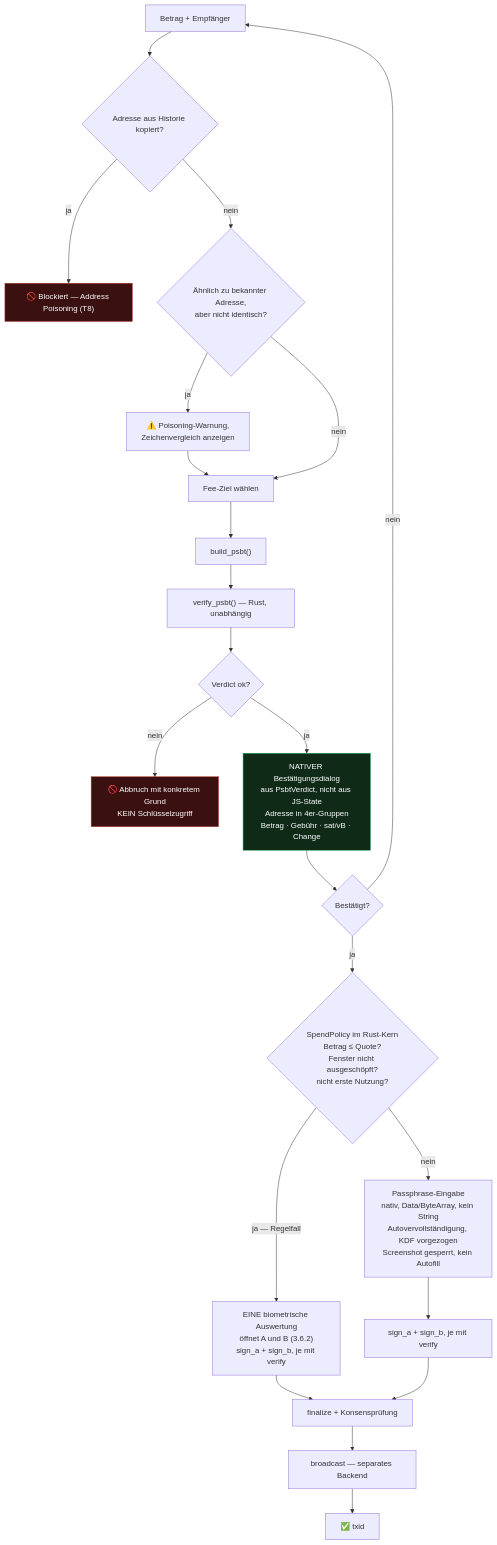
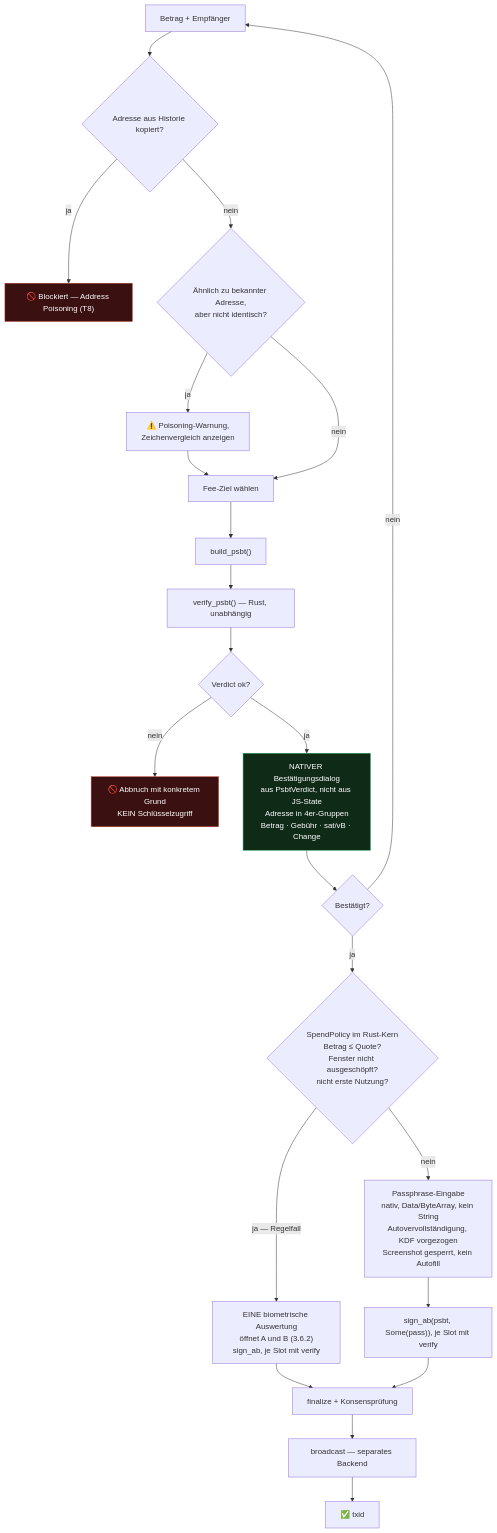
Before and after one commit to joshuakrueger-dfx/Bitcoin-Trinity: the sixth of 9 diagrams in docs/SPECIFICATION.md, drawn with Mermaid. The commit also changed other lines of this file and 11 other files, not shown here.

````diff
--- a/docs/SPECIFICATION.md
+++ b/docs/SPECIFICATION.md
@@ -1763,28 +1777,28 @@
 ```mermaid
 flowchart TD
     B0["Betrag + Empfänger"] --> B1{"Adresse aus Historie kopiert?"}
     B1 -->|"ja"| B1a["🚫 Blockiert — Address Poisoning (T8)"]
     B1 -->|"nein"| B2{"Ähnlich zu bekannter Adresse,<br/>aber nicht identisch?"}
     B2 -->|"ja"| B2a["⚠️ Poisoning-Warnung,<br/>Zeichenvergleich anzeigen"]
     B2a --> B3
     B2 -->|"nein"| B3["Fee-Ziel wählen"]
     B3 --> B4["build_psbt()"]
     B4 --> B5["verify_psbt() — Rust, unabhängig"]
     B5 --> B6{"Verdict ok?"}
     B6 -->|"nein"| B6a["🚫 Abbruch mit konkretem Grund<br/>KEIN Schlüsselzugriff"]
     B6 -->|"ja"| B7["NATIVER Bestätigungsdialog<br/>aus PsbtVerdict, nicht aus JS-State<br/>Adresse in 4er-Gruppen<br/>Betrag · Gebühr · sat/vB · Change"]
     B7 --> B8{"Bestätigt?"}
     B8 -->|"nein"| B0
     B8 -->|"ja"| B8a{"SpendPolicy im Rust-Kern<br/>Betrag ≤ Quote?<br/>Fenster nicht ausgeschöpft?<br/>nicht erste Nutzung?"}
-    B8a -->|"ja — Regelfall"| B9["EINE biometrische Auswertung<br/>öffnet A und B (3.6.2)<br/>sign_a + sign_b, je mit verify"]
+    B8a -->|"ja — Regelfall"| B9["EINE biometrische Auswertung<br/>öffnet A und B (3.6.2)<br/>sign_ab, je Slot mit verify"]
     B8a -->|"nein"| B10["Passphrase-Eingabe<br/>nativ, Data/ByteArray, kein String<br/>Autovervollständigung, KDF vorgezogen<br/>Screenshot gesperrt, kein Autofill"]
-    B10 --> B11["sign_a + sign_b, je mit verify"]
+    B10 --> B11["sign_ab(psbt, Some(pass)), je Slot mit verify"]
     B9 --> B12["finalize + Konsensprüfung"]
     B11 --> B12
     B12 --> B13["broadcast — separates Backend"]
     B13 --> B14["✅ txid"]
 
     style B6a fill:#3a1010,stroke:#c0392b,color:#fff
     style B1a fill:#3a1010,stroke:#c0392b,color:#fff
     style B7 fill:#102a18,stroke:#27ae60,color:#fff
 ```
````
